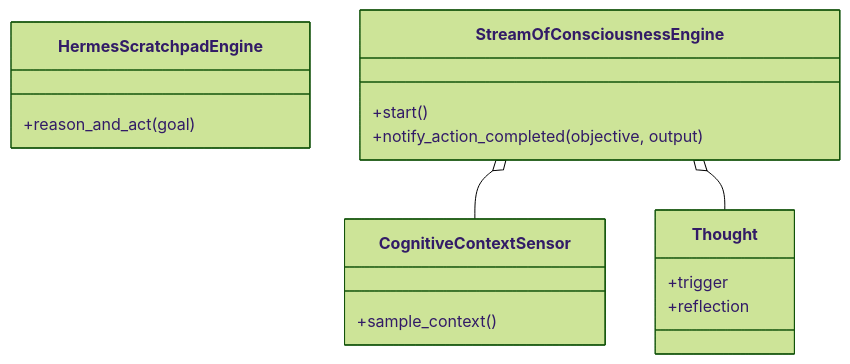
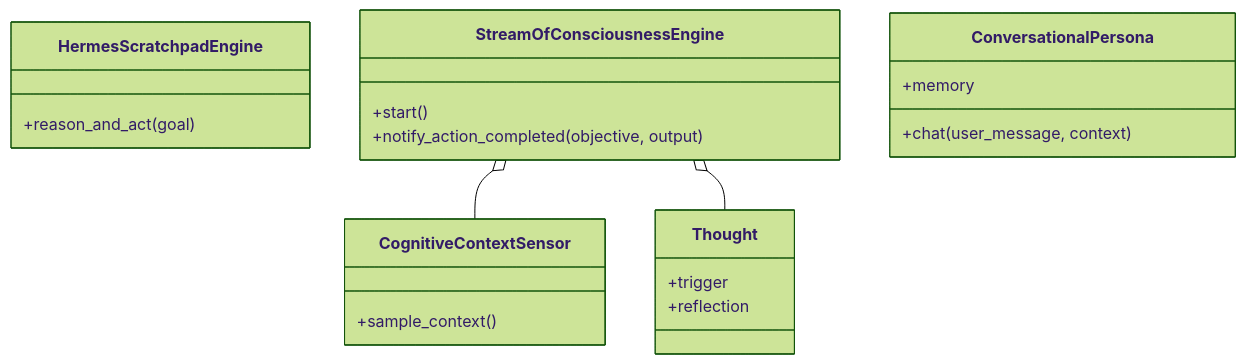
One commit to SAGBO4/FreeAi changed the diagram in docs/architecture/cognition/classes.md. Above: the diagram before and after it, drawn with Mermaid (forest theme). The commit also changed 4 other files, not shown here.

Commit message:
feat(persona): endow FreeAI with human conversational persona and vector memory on telegram

````diff
--- a/docs/architecture/cognition/classes.md
+++ b/docs/architecture/cognition/classes.md
@@ -3,20 +3,24 @@
 ```mermaid
 classDiagram
 %% source: app/cognition
 class HermesScratchpadEngine {
   +reason_and_act(goal)
 }
 class Thought {
   +trigger
   +reflection
 }
 class CognitiveContextSensor {
   +sample_context()
 }
 class StreamOfConsciousnessEngine {
   +start()
   +notify_action_completed(objective, output)
 }
+class ConversationalPersona {
+  +memory
+  +chat(user_message, context)
+}
 StreamOfConsciousnessEngine o-- CognitiveContextSensor
 StreamOfConsciousnessEngine o-- Thought
 ```
````
